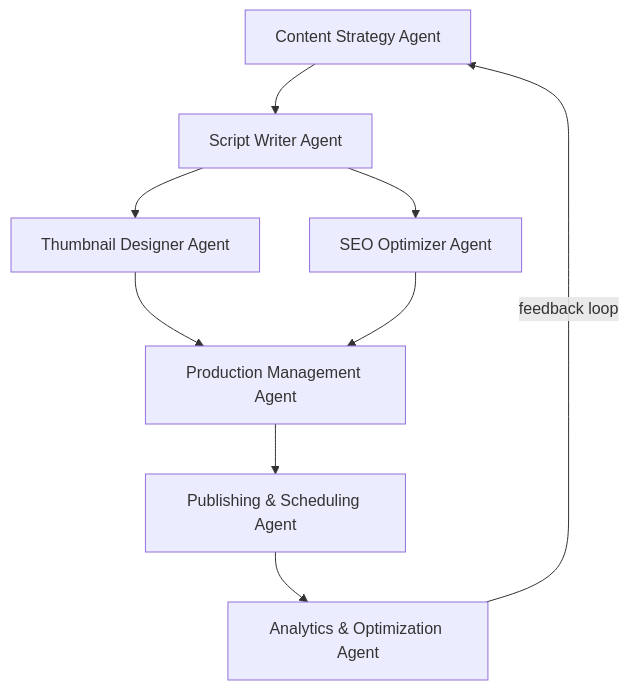
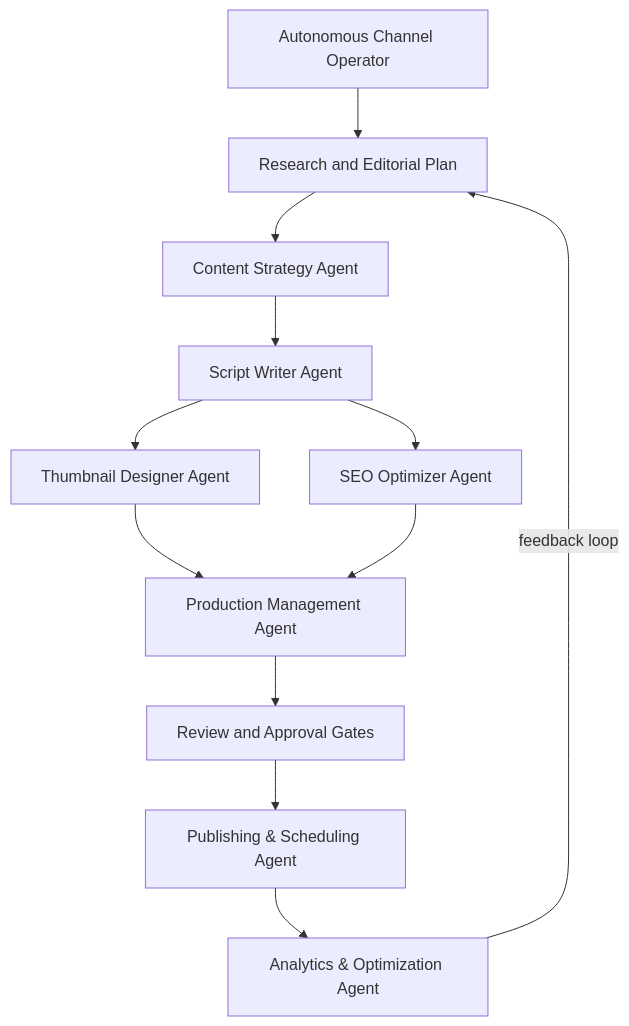
The first of 4 diagrams in README.md (Abdul-Rehman745/youtube-automation-agent), drawn with Mermaid before and after one commit. The commit also changed other lines of this file and 11 other files, not shown here.

Commit message:
Add autonomous channel operator

````diff
--- a/README.md
+++ b/README.md
@@ -58,11 +67,14 @@
 ```mermaid
 graph TD
-    A[Content Strategy Agent] --> B[Script Writer Agent]
-    B --> C[Thumbnail Designer Agent]
-    B --> D[SEO Optimizer Agent]
-    C --> E[Production Management Agent]
-    D --> E
-    E --> F[Publishing & Scheduling Agent]
-    F --> G[Analytics & Optimization Agent]
-    G -->|feedback loop| A
+    O[Autonomous Channel Operator] --> A[Research and Editorial Plan]
+    A --> B[Content Strategy Agent]
+    B --> C[Script Writer Agent]
+    C --> D[Thumbnail Designer Agent]
+    C --> E[SEO Optimizer Agent]
+    D --> F[Production Management Agent]
+    E --> F
+    F --> G[Review and Approval Gates]
+    G --> H[Publishing & Scheduling Agent]
+    H --> I[Analytics & Optimization Agent]
+    I -->|feedback loop| A
 ```
````
